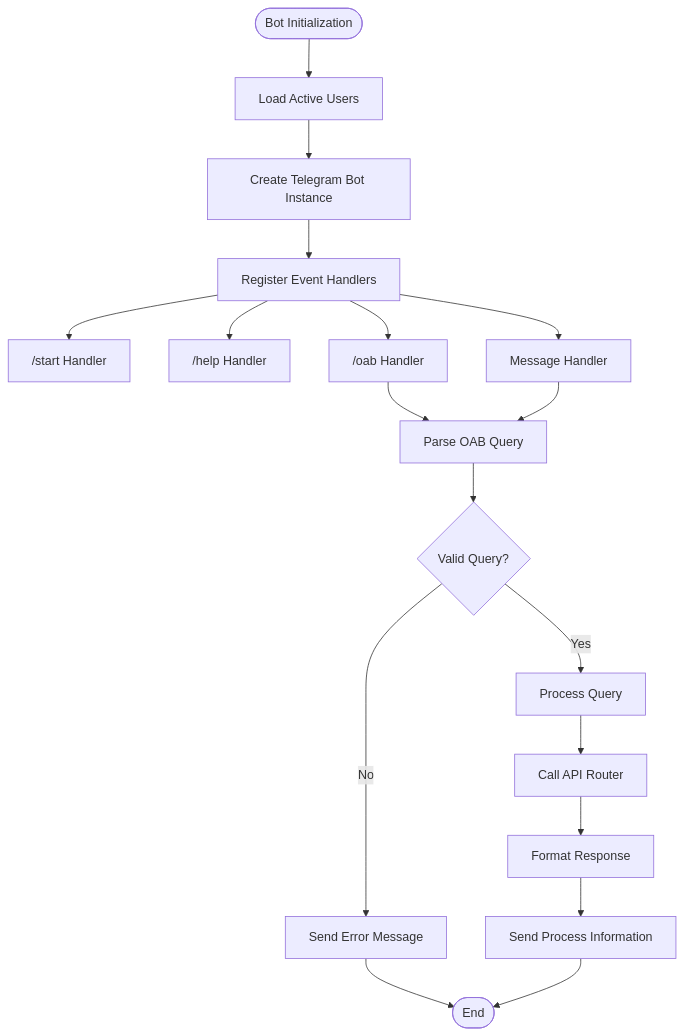
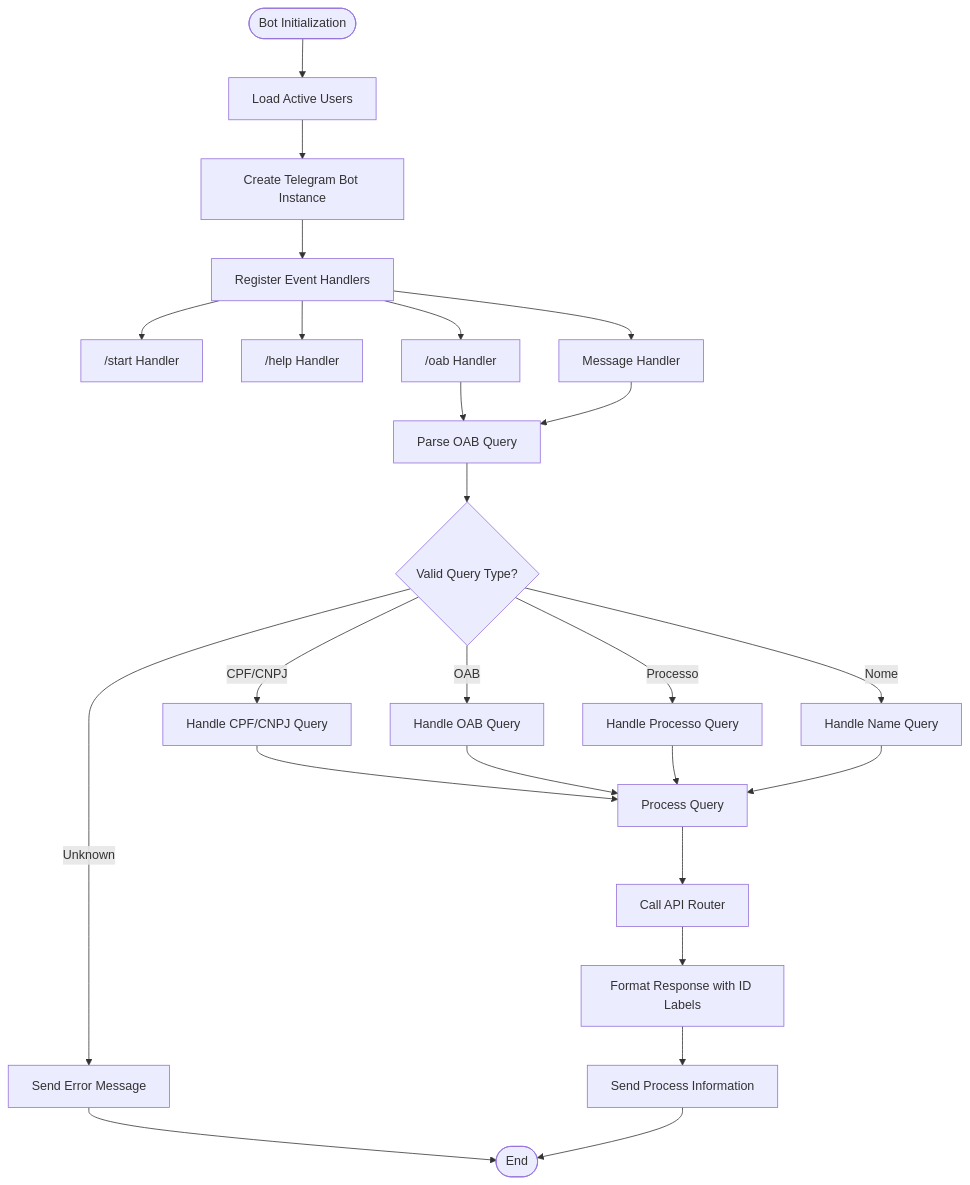
Before and after one commit to Alexandrexicara/bot-processos: the fourth of 6 diagrams in .qoder/repowiki/en/content/Telegram Bot Integration/Parser System.md, drawn with Mermaid. The commit also changed other lines of this file and 3 other files, not shown here.

````diff
--- a/.qoder/repowiki/en/content/Telegram Bot Integration/Parser System.md
+++ b/.qoder/repowiki/en/content/Telegram Bot Integration/Parser System.md
@@ -230,20 +257,27 @@
 ```mermaid
 flowchart TD
 Start([Bot Initialization]) --> LoadUsers["Load Active Users"]
 LoadUsers --> CreateBot["Create Telegram Bot Instance"]
 CreateBot --> RegisterHandlers["Register Event Handlers"]
 RegisterHandlers --> CommandStart["/start Handler"]
 RegisterHandlers --> CommandHelp["/help Handler"]
 RegisterHandlers --> CommandOAB["/oab Handler"]
 RegisterHandlers --> MessageHandler["Message Handler"]
 CommandOAB --> ParseQuery["Parse OAB Query"]
 MessageHandler --> ParseQuery
-ParseQuery --> ValidateQuery{"Valid Query?"}
-ValidateQuery --> |No| SendError["Send Error Message"]
-ValidateQuery --> |Yes| ProcessQuery["Process Query"]
+ParseQuery --> ValidateQuery{"Valid Query Type?"}
+ValidateQuery --> |CPF/CNPJ| HandleID["Handle CPF/CNPJ Query"]
+ValidateQuery --> |OAB| HandleOAB["Handle OAB Query"]
+ValidateQuery --> |Processo| HandleProcesso["Handle Processo Query"]
+ValidateQuery --> |Nome| HandleNome["Handle Name Query"]
+ValidateQuery --> |Unknown| SendError["Send Error Message"]
+HandleID --> ProcessQuery["Process Query"]
+HandleOAB --> ProcessQuery
+HandleProcesso --> ProcessQuery
+HandleNome --> ProcessQuery
 ProcessQuery --> CallAPI["Call API Router"]
-CallAPI --> FormatResponse["Format Response"]
+CallAPI --> FormatResponse["Format Response with ID Labels"]
 FormatResponse --> SendResponse["Send Process Information"]
 SendError --> End([End])
 SendResponse --> End
 ```
````
